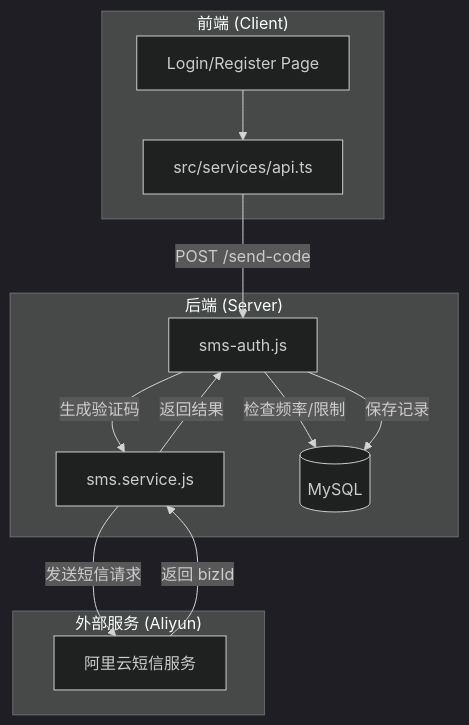
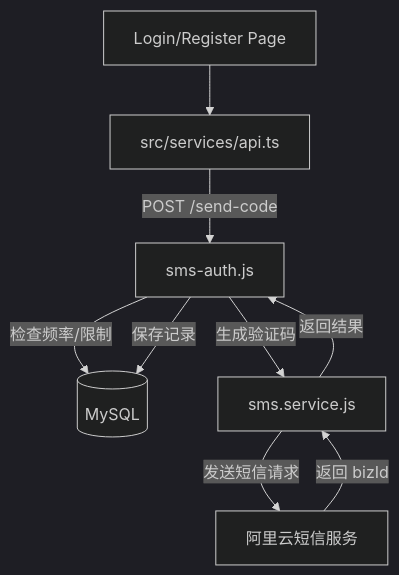
The diagram in wiki/后端架构/业务逻辑层/短信认证服务.md (xingranya/CervixDetectAI), drawn with Mermaid (dark theme) before and after one commit. The commit also changed 35 other files, not shown here.

First line of the commit message:
docs(readme): 优化并统一项目文档中的流程图与说明

````diff
--- a/wiki/后端架构/业务逻辑层/短信认证服务.md
+++ b/wiki/后端架构/业务逻辑层/短信认证服务.md
@@ -41,26 +41,11 @@
 ```mermaid
-graph TB
-subgraph "前端 (Client)"
-    UI[Login/Register Page]
-    API[src/services/api.ts]
-end
-
-subgraph "后端 (Server)"
-    Router[sms-auth.js]
-    Service[sms.service.js]
-    DB[(MySQL)]
-end
-
-subgraph "外部服务 (Aliyun)"
-    AliSMS[阿里云短信服务]
-end
-
-UI --> API
-API -->|POST /send-code| Router
-Router -->|检查频率/限制| DB
-Router -->|生成验证码| Service
-Service -->|发送短信请求| AliSMS
+flowchart TB
+UI[Login/Register Page] --> API[src/services/api.ts]
+API -->|POST /send-code| Router[sms-auth.js]
+Router -->|检查频率/限制| DB[(MySQL)]
+Router -->|生成验证码| Service[sms.service.js]
+Service -->|发送短信请求| AliSMS[阿里云短信服务]
 AliSMS -->|返回 bizId| Service
 Service -->|返回结果| Router
 Router -->|保存记录| DB
 ```
````
